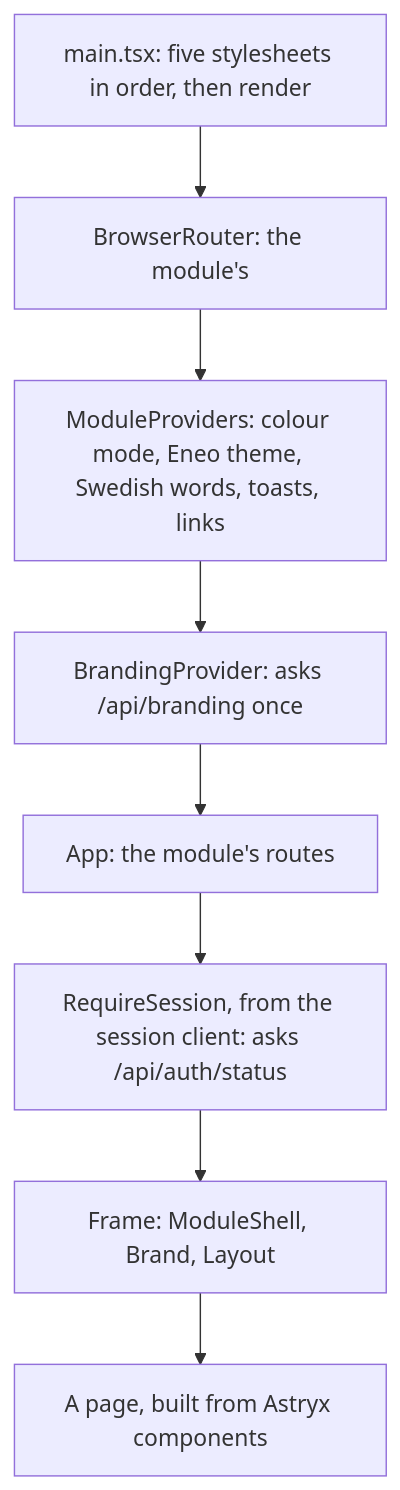
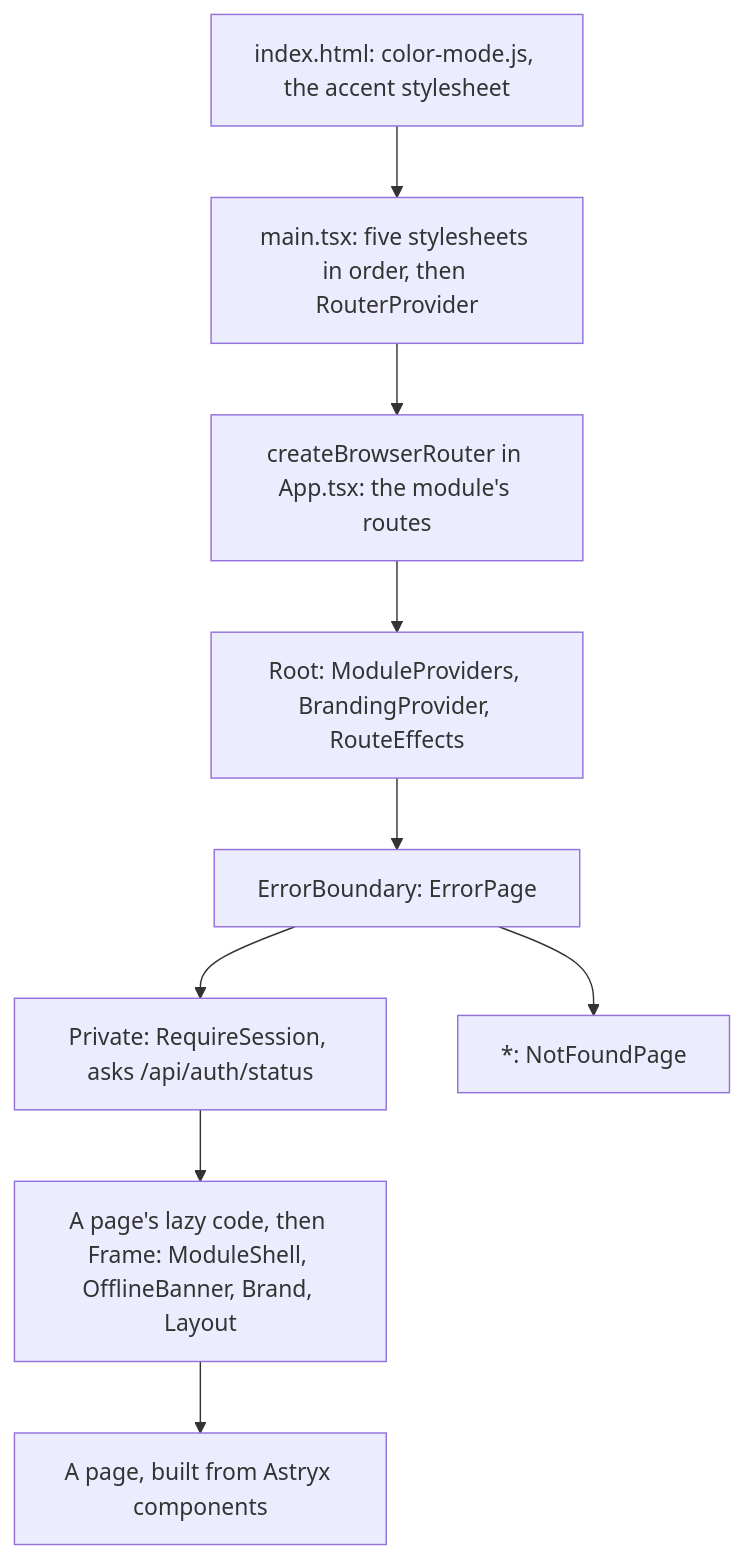
One commit to eneo-ai/eneo-module-kit changed the ninth of 14 diagrams in docs/architecture.md. Above: the diagram before and after it, drawn with Mermaid. The commit also changed other lines of this file and 25 other files, not shown here.

First line of the commit message:
feat: route effects and stand-in pages; the template moves to a data router

````diff
--- a/docs/architecture.md
+++ b/docs/architecture.md
@@ -240,10 +240,11 @@
 ```mermaid
 flowchart TB
-  main["main.tsx: five stylesheets in order, then render"] --> router["BrowserRouter: the module's"]
-  router --> mp["ModuleProviders: colour mode, Eneo theme, Swedish words, toasts, links"]
-  mp --> bp["BrandingProvider: asks /api/branding once"]
-  bp --> app["App: the module's routes"]
-  app --> rs["RequireSession, from the session client: asks /api/auth/status"]
-  rs --> frame["Frame: ModuleShell, Brand, Layout"]
+  html["index.html: color-mode.js, the accent stylesheet"] --> main["main.tsx: five stylesheets in order, then RouterProvider"]
+  main --> router["createBrowserRouter in App.tsx: the module's routes"]
+  router --> root["Root: ModuleProviders, BrandingProvider, RouteEffects"]
+  root --> boundary["ErrorBoundary: ErrorPage"]
+  boundary --> rs["Private: RequireSession, asks /api/auth/status"]
+  boundary --> nf["*: NotFoundPage"]
+  rs --> frame["A page's lazy code, then Frame: ModuleShell, OfflineBanner, Brand, Layout"]
   frame --> page["A page, built from Astryx components"]
 ```
````
